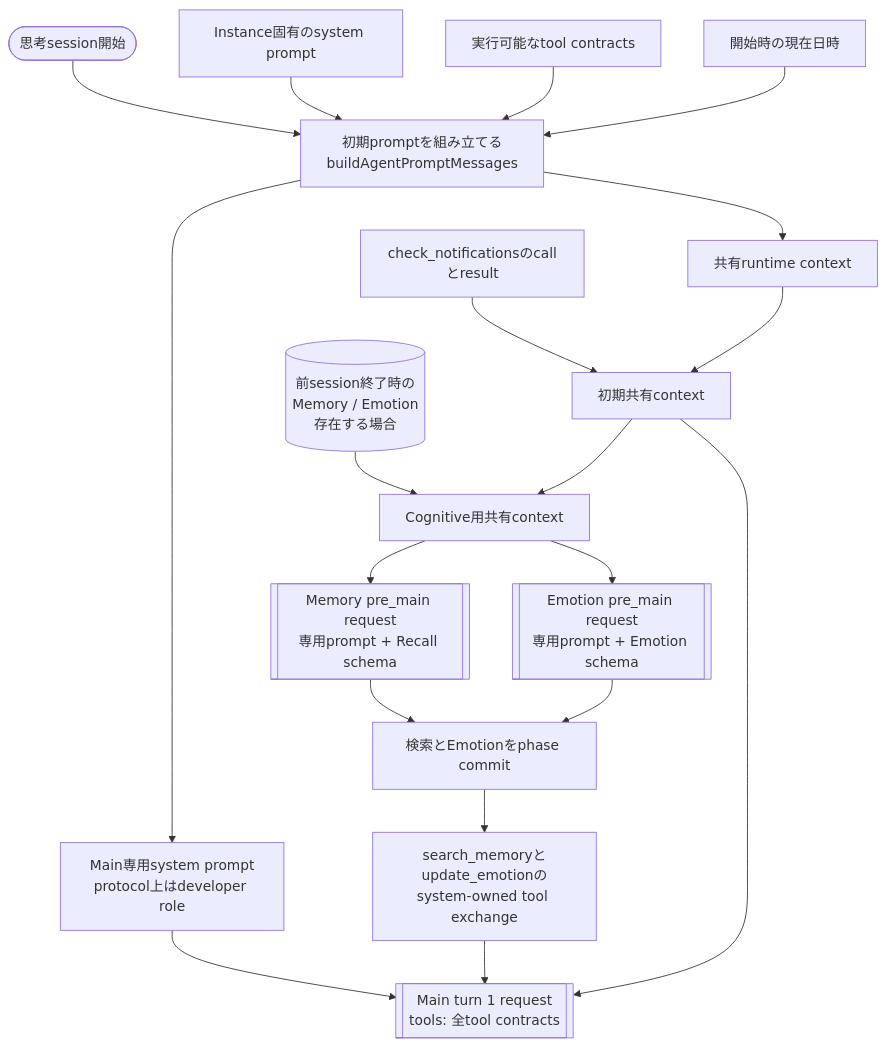
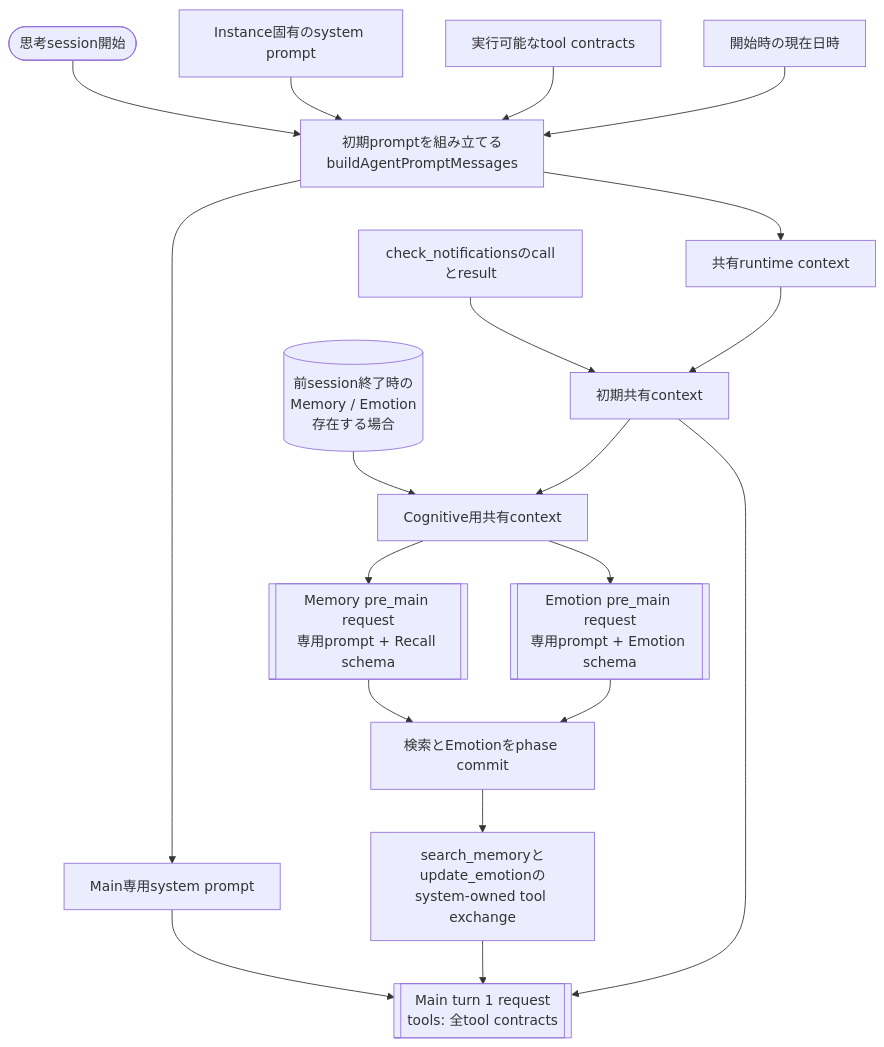
Before and after one commit to yatabis/echo-chamber: the fourth of 9 diagrams in docs/echo-processing-flows.md, drawn with Mermaid. The commit also changed other lines of this file and 26 other files, not shown here.

````diff
--- a/docs/echo-processing-flows.md
+++ b/docs/echo-processing-flows.md
@@ -122,26 +122,26 @@
 ```mermaid
 flowchart TD
   start([思考session開始]) --> builder[初期promptを組み立てる<br/>buildAgentPromptMessages]
   identity[Instance固有のsystem prompt] --> builder
   contracts[実行可能なtool contracts] --> builder
   clock[開始時の現在日時] --> builder
 
-  builder --> mainPrompt[Main専用system prompt<br/>protocol上はdeveloper role]
+  builder --> mainPrompt[Main専用system prompt]
   builder --> runtime[共有runtime context]
   runtime --> base[初期共有context]
   startup[check_notificationsのcallとresult] --> base
 
   storedState[(前session終了時の<br/>Memory / Emotion<br/>存在する場合)] --> cognitiveContext[Cognitive用共有context]
   base --> cognitiveContext
 
   cognitiveContext --> memoryRequest[[Memory pre_main request<br/>専用prompt + Recall schema]]
   cognitiveContext --> emotionRequest[[Emotion pre_main request<br/>専用prompt + Emotion schema]]
 
   memoryRequest --> commit[検索とEmotionをphase commit]
   emotionRequest --> commit
   commit --> handoff[search_memoryとupdate_emotionの<br/>system-owned tool exchange]
 
   mainPrompt --> mainRequest[[Main turn 1 request<br/>tools: 全tool contracts]]
   base --> mainRequest
   handoff --> mainRequest
 ```
````
